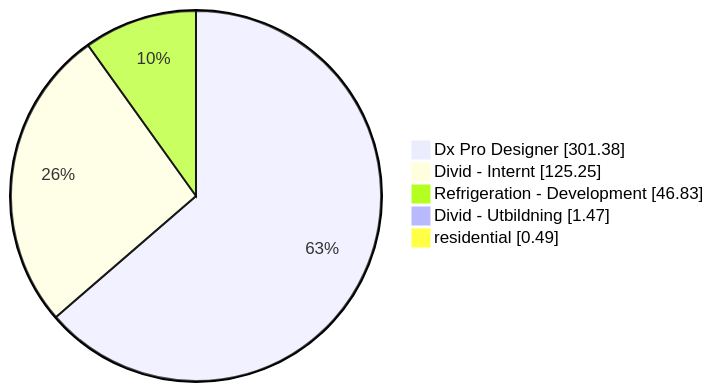
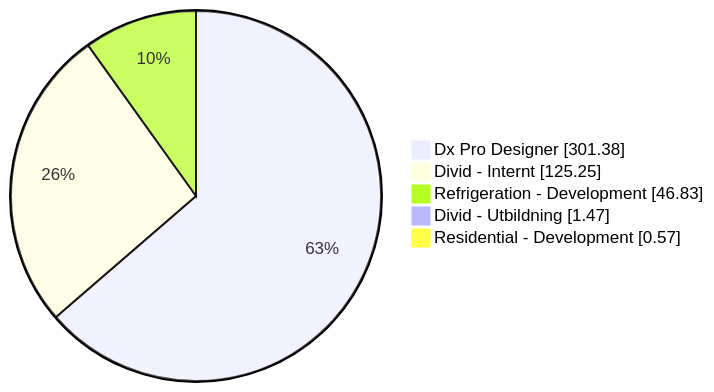
Before and after one commit to albinforsberg-netizen/timeclock: the first of 5 diagrams in README.org, drawn with Mermaid. The commit also changed other lines of this file, not shown here.

```diff
--- a/README.org
+++ b/README.org
@@ -32,8 +32,8 @@
 #+begin_src mermaid
 pie showData
     "Dx Pro Designer" : 301.38
     "Divid - Internt" : 125.25
     "Refrigeration - Development" : 46.83
     "Divid - Utbildning" : 1.47
-    "residential" : 0.49
+    "Residential - Development" : 0.57
 #+end_src
```
